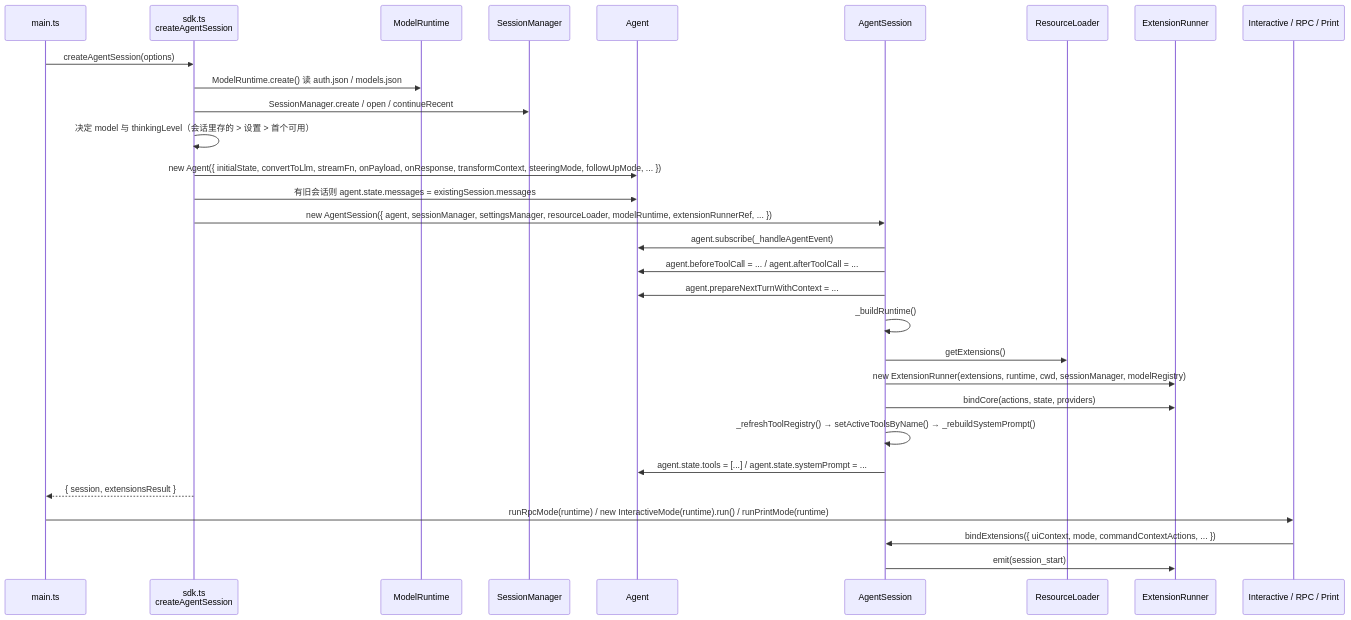
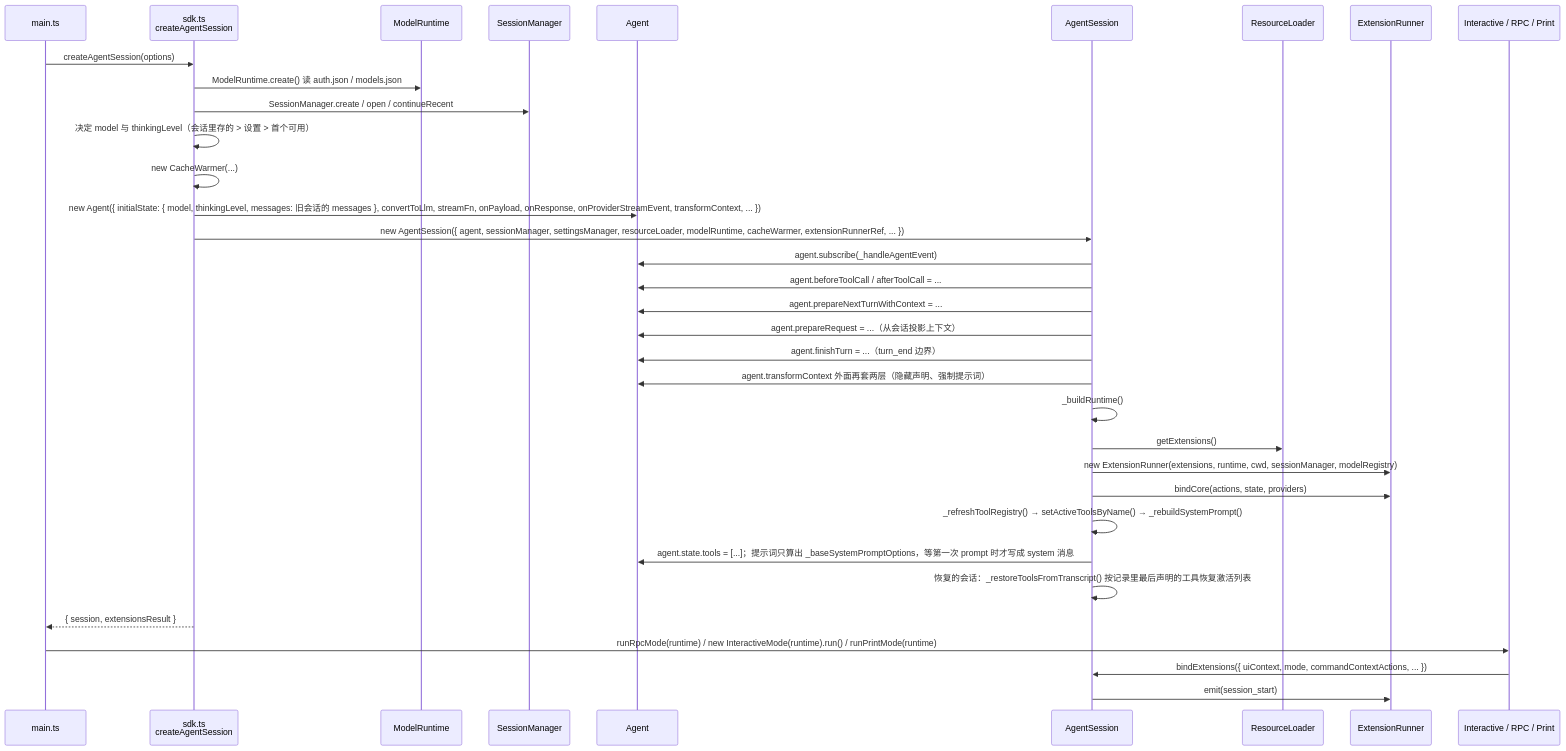
Diagram 11 of 18 in src/content/post/agents-pi-mono/index.md (nickqiaoo/nickqiaoo.github.io), drawn with Mermaid before and after one commit. The commit also changed other lines of this file and 1 other file, not shown here.

````diff
--- a/src/content/post/agents-pi-mono/index.md
+++ b/src/content/post/agents-pi-mono/index.md
@@ -1132,33 +1292,37 @@
 ```mermaid
 sequenceDiagram
   participant M as main.ts
   participant SDK as sdk.ts<br/>createAgentSession
   participant MR as ModelRuntime
   participant SM as SessionManager
   participant AG as Agent
   participant AS as AgentSession
   participant RL as ResourceLoader
   participant ER as ExtensionRunner
   participant Mode as Interactive / RPC / Print
 
   M->>SDK: createAgentSession(options)
   SDK->>MR: ModelRuntime.create() 读 auth.json / models.json
   SDK->>SM: SessionManager.create / open / continueRecent
   SDK->>SDK: 决定 model 与 thinkingLevel（会话里存的 > 设置 > 首个可用）
-  SDK->>AG: new Agent({ initialState, convertToLlm, streamFn, onPayload, onResponse, transformContext, steeringMode, followUpMode, ... })
-  SDK->>AG: 有旧会话则 agent.state.messages = existingSession.messages
-  SDK->>AS: new AgentSession({ agent, sessionManager, settingsManager, resourceLoader, modelRuntime, extensionRunnerRef, ... })
+  SDK->>SDK: new CacheWarmer(...)
+  SDK->>AG: new Agent({ initialState: { model, thinkingLevel, messages: 旧会话的 messages }, convertToLlm, streamFn, onPayload, onResponse, onProviderStreamEvent, transformContext, ... })
+  SDK->>AS: new AgentSession({ agent, sessionManager, settingsManager, resourceLoader, modelRuntime, cacheWarmer, extensionRunnerRef, ... })
   AS->>AG: agent.subscribe(_handleAgentEvent)
-  AS->>AG: agent.beforeToolCall = ... / agent.afterToolCall = ...
+  AS->>AG: agent.beforeToolCall / afterToolCall = ...
   AS->>AG: agent.prepareNextTurnWithContext = ...
+  AS->>AG: agent.prepareRequest = ...（从会话投影上下文）
+  AS->>AG: agent.finishTurn = ...（turn_end 边界）
+  AS->>AG: agent.transformContext 外面再套两层（隐藏声明、强制提示词）
   AS->>AS: _buildRuntime()
   AS->>RL: getExtensions()
   AS->>ER: new ExtensionRunner(extensions, runtime, cwd, sessionManager, modelRegistry)
   AS->>ER: bindCore(actions, state, providers)
   AS->>AS: _refreshToolRegistry() → setActiveToolsByName() → _rebuildSystemPrompt()
-  AS->>AG: agent.state.tools = [...] / agent.state.systemPrompt = ...
+  AS->>AG: agent.state.tools = [...]；提示词只算出 _baseSystemPromptOptions，等第一次 prompt 时才写成 system 消息
+  AS->>AS: 恢复的会话：_restoreToolsFromTranscript() 按记录里最后声明的工具恢复激活列表
   SDK-->>M: { session, extensionsResult }
   M->>Mode: runRpcMode(runtime) / new InteractiveMode(runtime).run() / runPrintMode(runtime)
   Mode->>AS: bindExtensions({ uiContext, mode, commandContextActions, ... })
   AS->>ER: emit(session_start)
 ```
````
